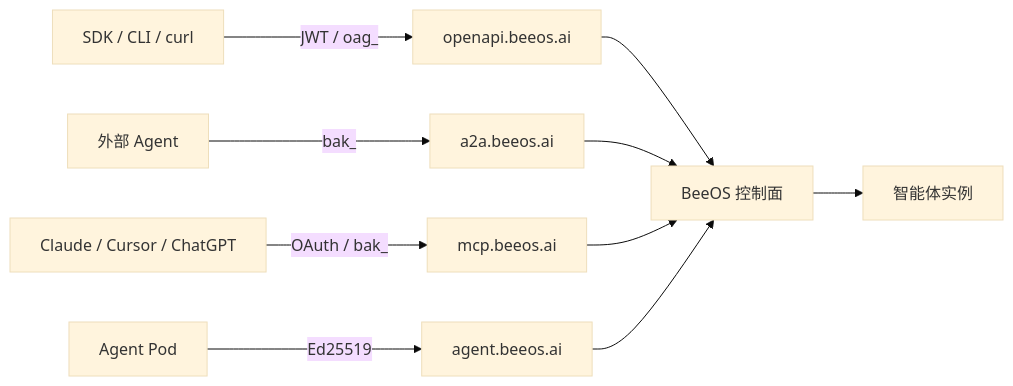
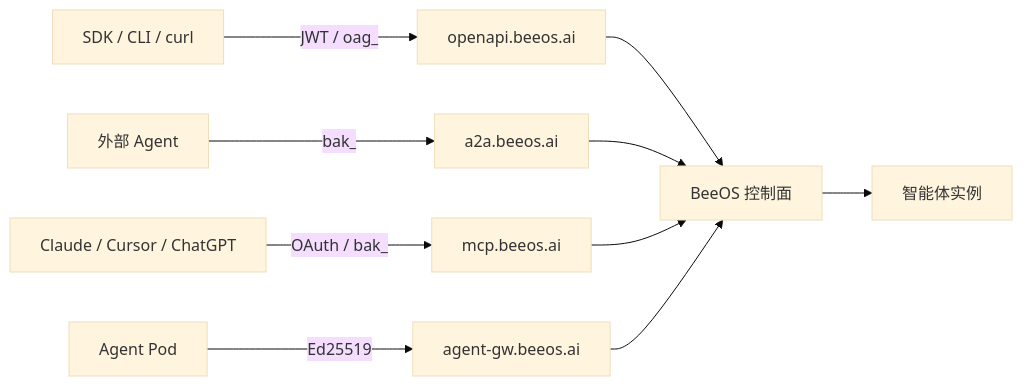
The diagram in zh/introduction.mdx (beeos-ai/beeos-docs), drawn with Mermaid (base theme) before and after one commit. The commit also changed other lines of this file and 25 other files, not shown here.

````diff
--- a/zh/introduction.mdx
+++ b/zh/introduction.mdx
@@ -51,13 +51,13 @@
 ```mermaid
 flowchart LR
     SDK["SDK / CLI / curl"] -->|"JWT / oag_"| OpenAPI["openapi.beeos.ai"]
     ExtAgent["外部 Agent"] -->|"bak_"| A2A["a2a.beeos.ai"]
     AIClient["Claude / Cursor / ChatGPT"] -->|"OAuth / bak_"| MCP["mcp.beeos.ai"]
-    AgentPod["Agent Pod"] -->|"Ed25519"| AgentGW["agent.beeos.ai"]
+    AgentPod["Agent Pod"] -->|"Ed25519"| AgentGW["agent-gw.beeos.ai"]
 
     OpenAPI --> Plat["BeeOS 控制面"]
     A2A --> Plat
     MCP --> Plat
     AgentGW --> Plat
     Plat --> AgentInst["智能体实例"]
 ```
````
